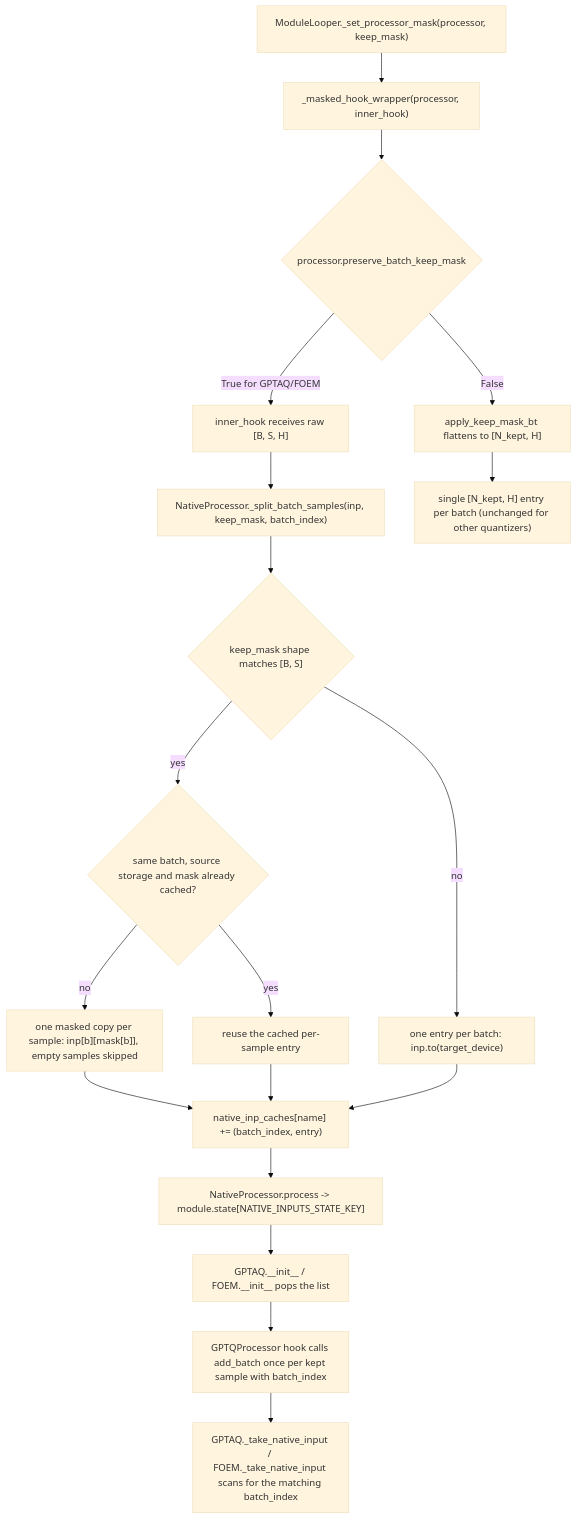
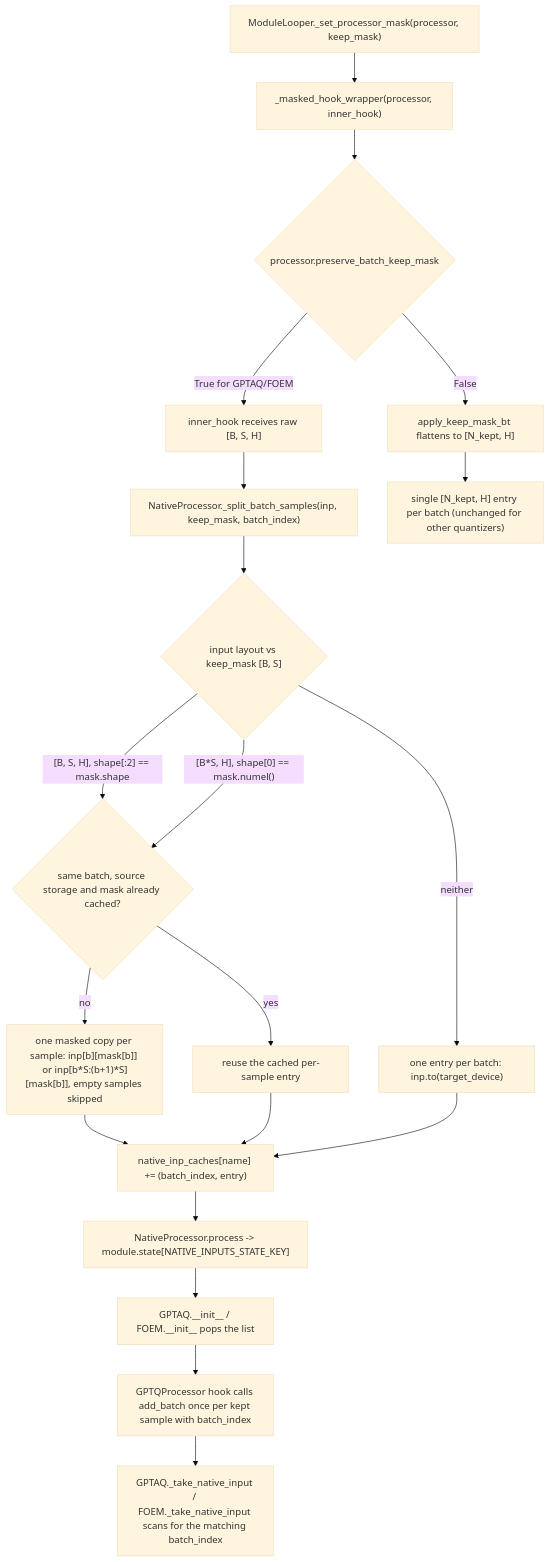
The first of 4 diagrams in docs/native-calibration-batch-split.md (ModelCloud/GPTQModel), drawn with Mermaid (base theme) before and after one commit. The commit also changed other lines of this file and 4 other files, not shown here.

First line of the commit message:
fix(native): split flattened [B*S,H] inputs per sample and release sibling-share cache (#4457, #4463)

````diff
--- a/docs/native-calibration-batch-split.md
+++ b/docs/native-calibration-batch-split.md
@@ -15,21 +15,22 @@
 ```mermaid
 flowchart TD
     A["ModuleLooper._set_processor_mask(processor, keep_mask)"] --> B["_masked_hook_wrapper(processor, inner_hook)"]
     B --> C{"processor.preserve_batch_keep_mask"}
     C -- "True for GPTAQ/FOEM" --> D["inner_hook receives raw [B, S, H]"]
     C -- "False" --> E["apply_keep_mask_bt flattens to [N_kept, H]"]
     D --> F["NativeProcessor._split_batch_samples(inp, keep_mask, batch_index)"]
-    F --> G{"keep_mask shape matches [B, S]"}
-    G -- "no" --> I["one entry per batch: inp.to(target_device)"]
-    G -- "yes" --> S{"same batch, source storage and mask already cached?"}
-    S -- "no" --> H["one masked copy per sample: inp[b][mask[b]], empty samples skipped"]
+    F --> G{"input layout vs keep_mask [B, S]"}
+    G -- "[B, S, H], shape[:2] == mask.shape" --> S{"same batch, source storage and mask already cached?"}
+    G -- "[B*S, H], shape[0] == mask.numel()" --> S
+    G -- "neither" --> I["one entry per batch: inp.to(target_device)"]
+    S -- "no" --> H["one masked copy per sample: inp[b][mask[b]] or inp[b*S:(b+1)*S][mask[b]], empty samples skipped"]
     S -- "yes" --> R["reuse the cached per-sample entry"]
     H --> J["native_inp_caches[name] += (batch_index, entry)"]
     R --> J
     I --> J
     J --> K["NativeProcessor.process -> module.state[NATIVE_INPUTS_STATE_KEY]"]
     K --> L["GPTAQ.__init__ / FOEM.__init__ pops the list"]
     L --> M["GPTQProcessor hook calls add_batch once per kept sample with batch_index"]
     M --> N["GPTAQ._take_native_input / FOEM._take_native_input scans for the matching batch_index"]
     E --> O["single [N_kept, H] entry per batch (unchanged for other quantizers)"]
 ```
````
